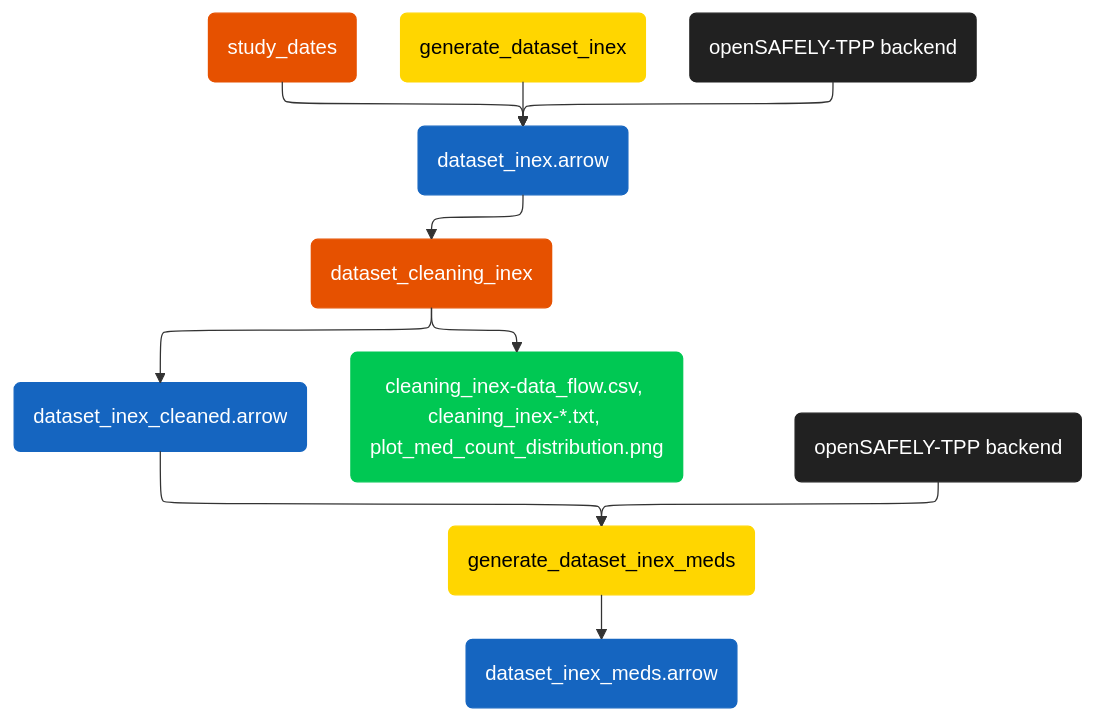
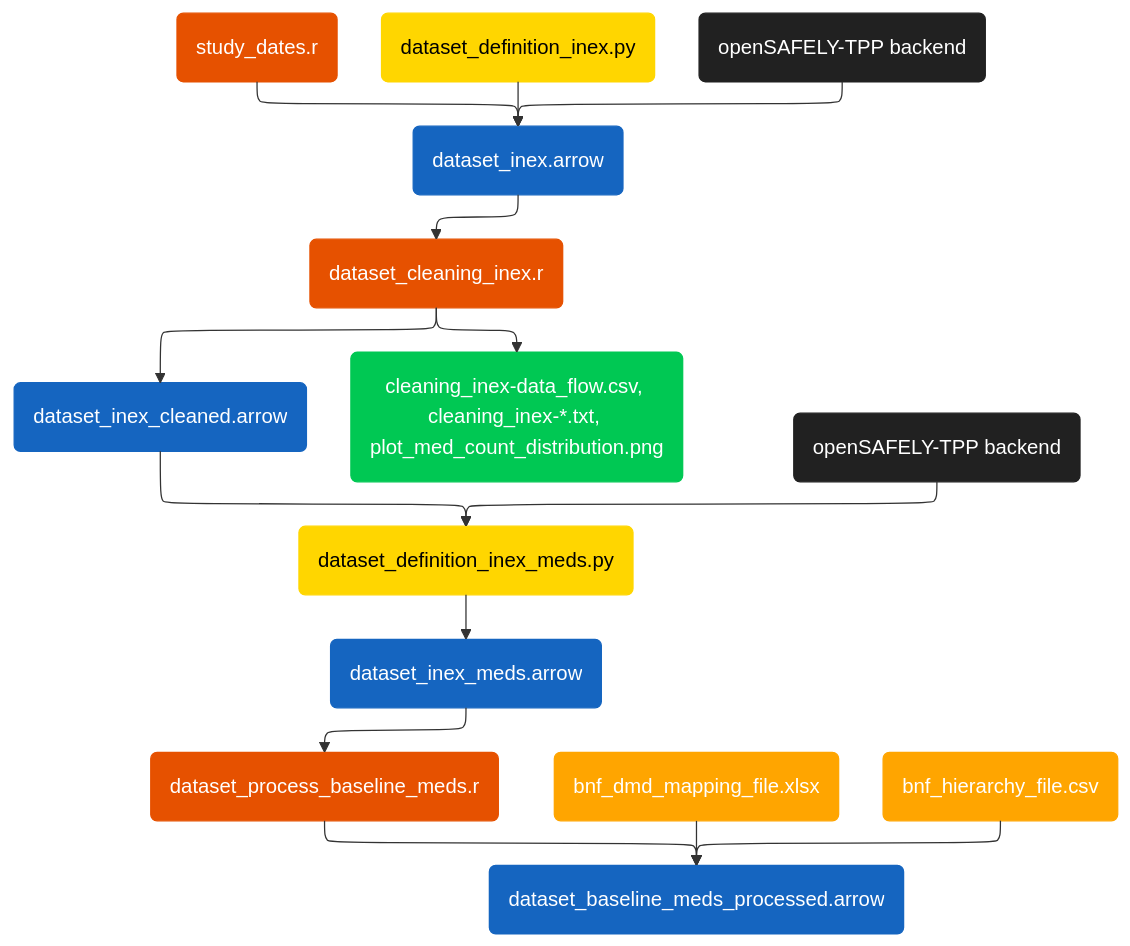
The diagram in docs/pipeline_diagram.mmd (matt-letts/ckd-deprescribing), drawn with Mermaid before and after one commit. The commit also changed 2 other files, not shown here.

Commit message:
updated pipeline diagram

```diff
--- a/docs/pipeline_diagram.mmd
+++ b/docs/pipeline_diagram.mmd
@@ -1,35 +1,41 @@
 ---
 config:
   layout: elk
   elk:
     mergeEdges: true
     nodePlacementStrategy: LINEAR_SEGMENTS
 ---
 flowchart TD
     %% define nodes
-    a1("study_dates"):::R
-    a2("generate_dataset_inex"):::ehrql
+    a1("study_dates.r"):::R
+    a2("dataset_definition_inex.py"):::ehrql
     b1("openSAFELY-TPP backend"):::openSAFELY
     d1("dataset_inex.arrow"):::data
-    a3("dataset_cleaning_inex"):::R
+    a3("dataset_cleaning_inex.r"):::R
     d2("dataset_inex_cleaned.arrow"):::data
     o1("cleaning_inex-data_flow.csv, cleaning_inex-*.txt, plot_med_count_distribution.png"):::output
-    a4("generate_dataset_inex_meds"):::ehrql
+    a4("dataset_definition_inex_meds.py"):::ehrql
     b2("openSAFELY-TPP backend"):::openSAFELY
     d3("dataset_inex_meds.arrow"):::data
+    a5("dataset_process_baseline_meds.r"):::R
+    b3("bnf_dmd_mapping_file.xlsx"):::external
+    b4("bnf_hierarchy_file.csv"):::external
+    d4("dataset_baseline_meds_processed.arrow"):::data
 
     %% connect nodes
     
     b1 & a1 & a2 --> d1
     d1 --> a3 --> o1 & d2
-    d2 & b2 --> a4 --> d3
+    d2 & b2 --> a4 --> d3 --> a5 
+    a5 & b3 & b4 --> d4
 
     %% colour scheme
     classDef openSAFELY color:#FFFFFF, fill:#212121, stroke:#212121
     classDef ehrql color:#000000, fill:#FFD600, stroke:#FFD600
     classDef R color:#FFFFFF, fill:#E65100, stroke:#E65100
     classDef data color:#FFFFFF, fill:#1565C0, stroke:#1565C0
     classDef output color:#FFFFFF, fill:#00C853, stroke:#00C853
+    classDef external color:#FFFFFF, fill:#FFA500, stroke:#FFA500
 
 %% to render this type into powershell terminal
 %% mmdc -i docs/pipeline_diagram.mmd -o docs/pipeline_diagram.svg
```
